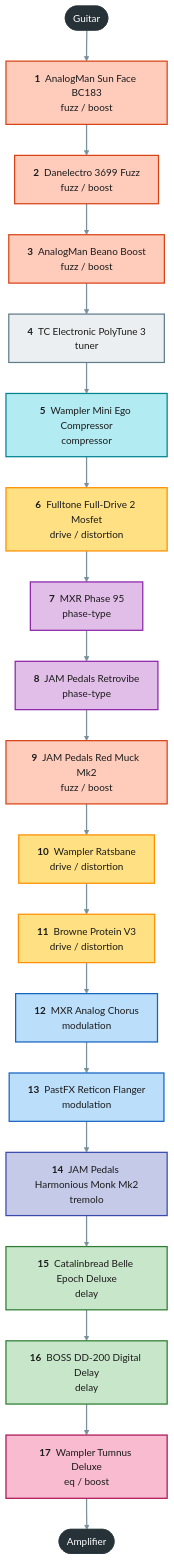
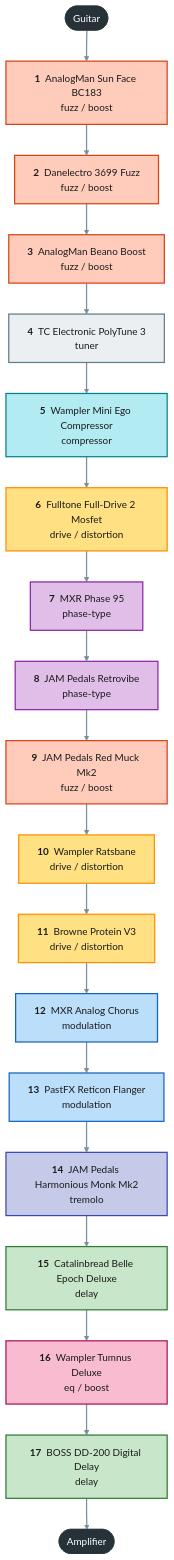
The diagram in projects/guitar-gig/signal-chain.mmd (pedroacvieira/pedalboard), drawn with Mermaid before and after one commit. The commit also changed 4 other files, not shown here.

First line of the commit message:
guitar-gig: DD-200 last, after the Tumnus (its looper records the whole chain)

```diff
--- a/projects/guitar-gig/signal-chain.mmd
+++ b/projects/guitar-gig/signal-chain.mmd
@@ -1,32 +1,32 @@
 flowchart TB
     guitar(["Guitar"]):::endpoint
     sun_face["<b>1</b> &nbsp;AnalogMan Sun Face BC183<br/>fuzz / boost"]:::c_fuzz___boost
     danelectro_3699["<b>2</b> &nbsp;Danelectro 3699 Fuzz<br/>fuzz / boost"]:::c_fuzz___boost
     beano["<b>3</b> &nbsp;AnalogMan Beano Boost<br/>fuzz / boost"]:::c_fuzz___boost
     polytune_3["<b>4</b> &nbsp;TC Electronic PolyTune 3<br/>tuner"]:::c_tuner
     mini_ego["<b>5</b> &nbsp;Wampler Mini Ego Compressor<br/>compressor"]:::c_compressor
     fulldrive_2["<b>6</b> &nbsp;Fulltone Full-Drive 2 Mosfet<br/>drive / distortion"]:::c_drive___distortion
     phase_95["<b>7</b> &nbsp;MXR Phase 95<br/>phase-type"]:::c_phase_type
     retrovibe["<b>8</b> &nbsp;JAM Pedals Retrovibe<br/>phase-type"]:::c_phase_type
     red_muck["<b>9</b> &nbsp;JAM Pedals Red Muck Mk2<br/>fuzz / boost"]:::c_fuzz___boost
     ratsbane["<b>10</b> &nbsp;Wampler Ratsbane<br/>drive / distortion"]:::c_drive___distortion
     protein["<b>11</b> &nbsp;Browne Protein V3<br/>drive / distortion"]:::c_drive___distortion
     analog_chorus["<b>12</b> &nbsp;MXR Analog Chorus<br/>modulation"]:::c_modulation
     reticon["<b>13</b> &nbsp;PastFX Reticon Flanger<br/>modulation"]:::c_modulation
     monk["<b>14</b> &nbsp;JAM Pedals Harmonious Monk Mk2<br/>tremolo"]:::c_tremolo
     belle_epoch["<b>15</b> &nbsp;Catalinbread Belle Epoch Deluxe<br/>delay"]:::c_delay
-    boss_dd200["<b>16</b> &nbsp;BOSS DD-200 Digital Delay<br/>delay"]:::c_delay
-    tumnus_deluxe["<b>17</b> &nbsp;Wampler Tumnus Deluxe<br/>eq / boost"]:::c_eq___boost
+    tumnus_deluxe["<b>16</b> &nbsp;Wampler Tumnus Deluxe<br/>eq / boost"]:::c_eq___boost
+    boss_dd200["<b>17</b> &nbsp;BOSS DD-200 Digital Delay<br/>delay"]:::c_delay
     amp(["Amplifier"]):::endpoint
-    guitar --> sun_face --> danelectro_3699 --> beano --> polytune_3 --> mini_ego --> fulldrive_2 --> phase_95 --> retrovibe --> red_muck --> ratsbane --> protein --> analog_chorus --> reticon --> monk --> belle_epoch --> boss_dd200 --> tumnus_deluxe --> amp
+    guitar --> sun_face --> danelectro_3699 --> beano --> polytune_3 --> mini_ego --> fulldrive_2 --> phase_95 --> retrovibe --> red_muck --> ratsbane --> protein --> analog_chorus --> reticon --> monk --> belle_epoch --> tumnus_deluxe --> boss_dd200 --> amp
     classDef endpoint fill:#263238,stroke:#263238,color:#ffffff
     classDef c_tuner fill:#eceff1,stroke:#607d8b,stroke-width:2px,color:#1b1b1b
     classDef c_compressor fill:#b2ebf2,stroke:#00838f,stroke-width:2px,color:#1b1b1b
     classDef c_fuzz___boost fill:#ffccbc,stroke:#d84315,stroke-width:2px,color:#1b1b1b
     classDef c_drive___distortion fill:#ffe082,stroke:#ff8f00,stroke-width:2px,color:#1b1b1b
     classDef c_phase_type fill:#e1bee7,stroke:#8e24aa,stroke-width:2px,color:#1b1b1b
     classDef c_modulation fill:#bbdefb,stroke:#1565c0,stroke-width:2px,color:#1b1b1b
     classDef c_tremolo fill:#c5cae9,stroke:#3949ab,stroke-width:2px,color:#1b1b1b
     classDef c_delay fill:#c8e6c9,stroke:#2e7d32,stroke-width:2px,color:#1b1b1b
     classDef c_eq___boost fill:#f8bbd0,stroke:#ad1457,stroke-width:2px,color:#1b1b1b
     linkStyle default stroke:#78909c,stroke-width:2px
```
